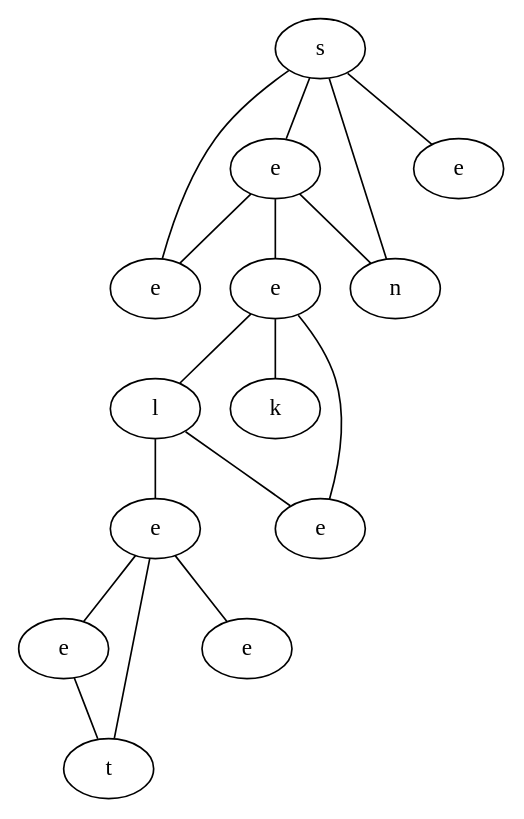
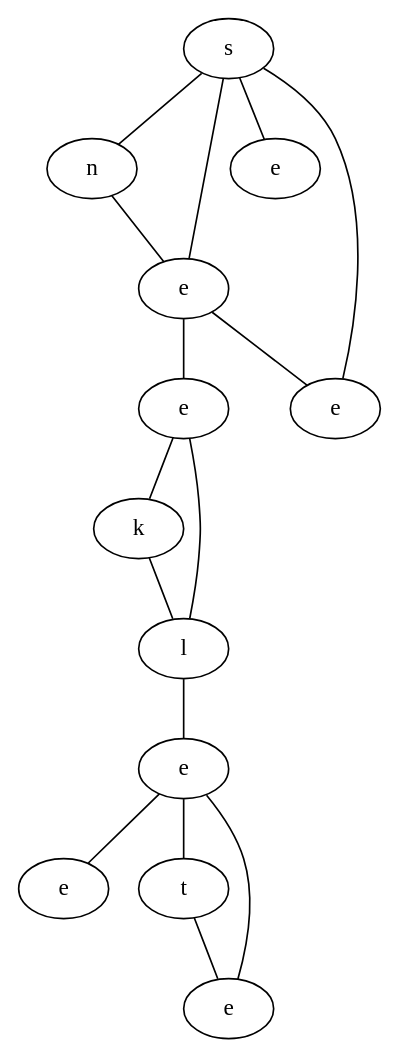
The diagram in data/VGLC/graph.dot (schrum2/MM-NEAT), drawn with Graphviz before and after one commit. The commit also changed 53 other files, not shown here.

```diff
--- a/data/VGLC/graph.dot
+++ b/data/VGLC/graph.dot
@@ -1,31 +1,29 @@
 graph {
-ZjCH[label="s"]
-YISp[label="e"]
-ggJE[label="e"]
-kvpT[label="n"]
-RBUb[label="e"]
-zbBV[label="e"]
-wBPm[label="l"]
-XYDC[label="k"]
-ylNt[label="e"]
-ycxz[label="e"]
-OmkA[label="e"]
-VvMz[label="t"]
-ePyb[label="e"]
-ZjCH -- YISp
-ZjCH -- ggJE
-ZjCH -- kvpT
-ZjCH -- RBUb
-YISp -- zbBV
-YISp -- ggJE
-YISp -- kvpT
-zbBV -- wBPm
-zbBV -- XYDC
-zbBV -- ylNt
-wBPm -- ylNt
-wBPm -- ycxz
-ycxz -- OmkA
-ycxz -- VvMz
-ycxz -- ePyb
-OmkA -- VvMz
+zoll[label="s"]
+gDfh[label="n"]
+EMil[label="e"]
+zNDI[label="e"]
+kKop[label="e"]
+kcQl[label="e"]
+Thlk[label="k"]
+dcLJ[label="l"]
+Uuwb[label="e"]
+KkeF[label="e"]
+IiGw[label="t"]
+iVny[label="e"]
+zoll -- gDfh
+zoll -- EMil
+zoll -- zNDI
+zoll -- kKop
+gDfh -- EMil
+EMil -- kcQl
+EMil -- kKop
+kcQl -- Thlk
+kcQl -- dcLJ
+Thlk -- dcLJ
+dcLJ -- Uuwb
+Uuwb -- KkeF
+Uuwb -- IiGw
+Uuwb -- iVny
+IiGw -- iVny
 }
```
